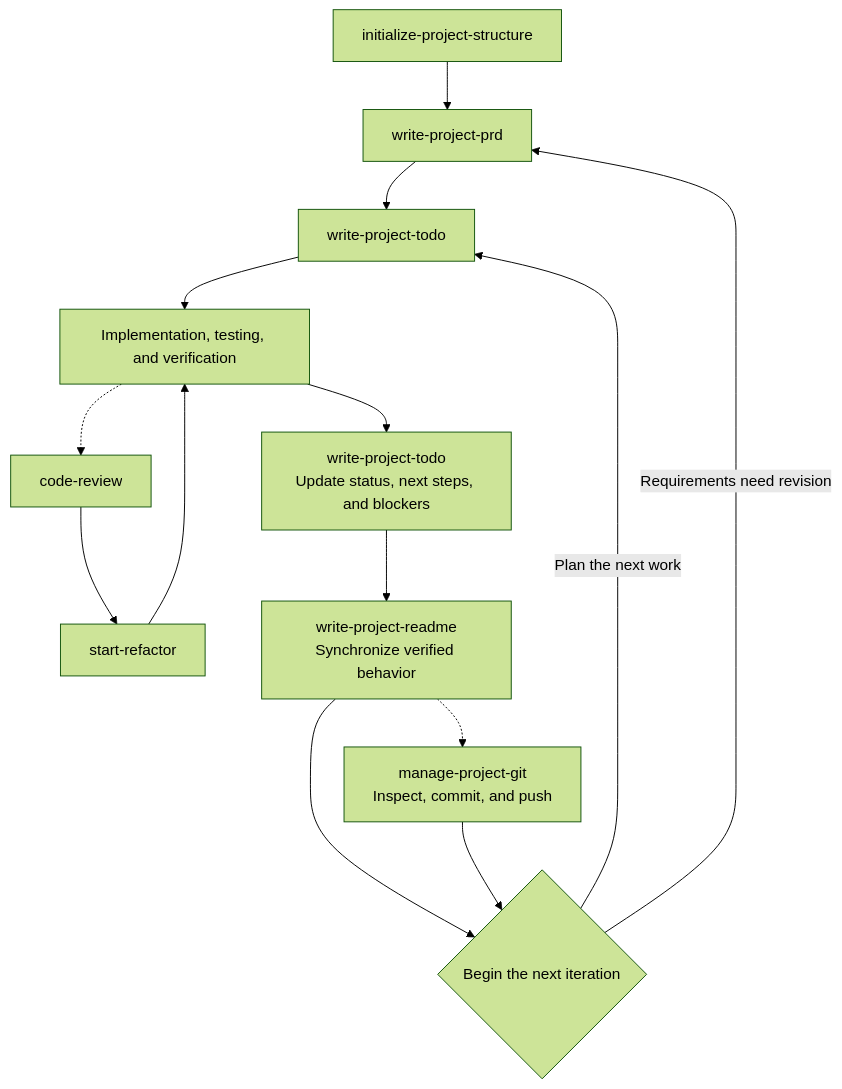
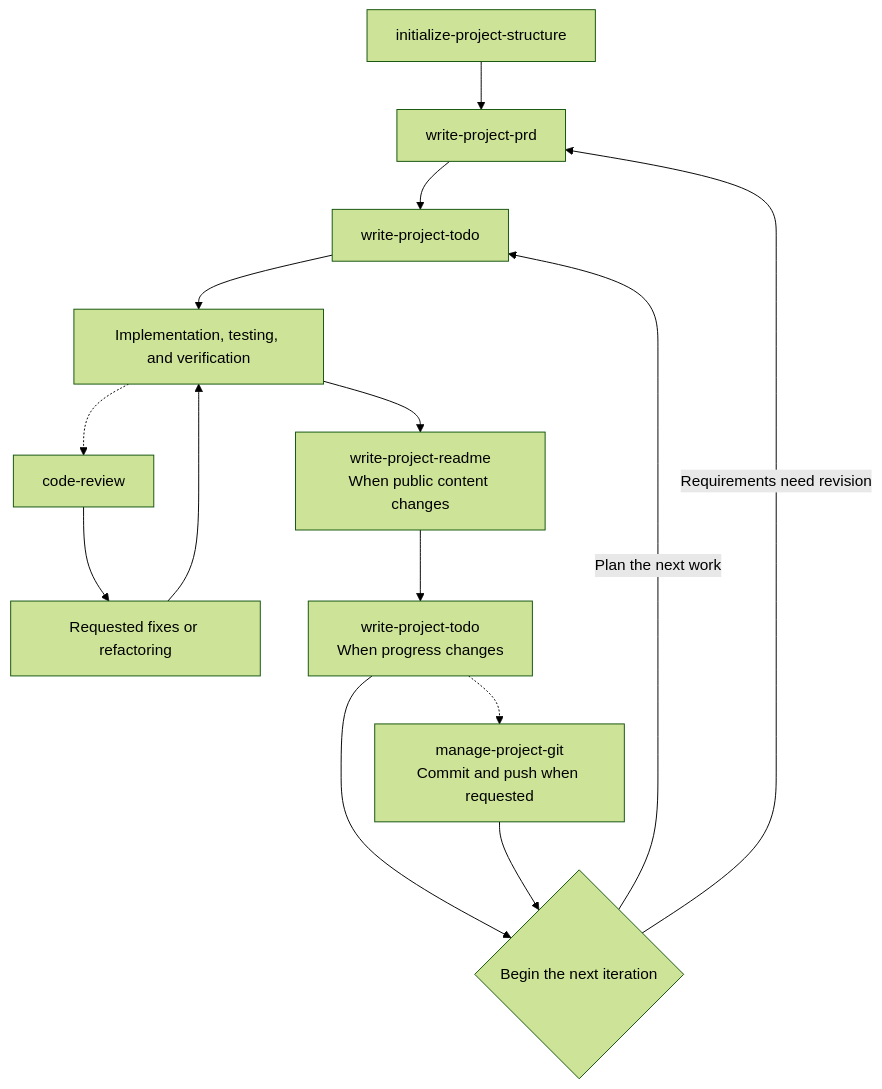
One commit to douobb/MySkills changed the diagram in README.en.md. Above: the diagram before and after it, drawn with Mermaid (forest theme). The commit also changed other lines of this file and 31 other files, not shown here.

````diff
--- a/README.en.md
+++ b/README.en.md
@@ -28,19 +27,19 @@
 ```mermaid
 flowchart TD
     INIT["initialize-project-structure"] --> PRD["write-project-prd"]
     PRD --> TODO["write-project-todo"]
     TODO --> BUILD["Implementation, testing, and verification"]
 
     BUILD -.-> REVIEW["code-review"]
-    REVIEW --> REFACTOR["start-refactor"]
+    REVIEW --> REFACTOR["Requested fixes or refactoring"]
     REFACTOR --> BUILD
 
-    BUILD --> TODO_SYNC["write-project-todo<br/>Update status, next steps, and blockers"]
-    TODO_SYNC --> README_SYNC["write-project-readme<br/>Synchronize verified behavior"]
-    README_SYNC --> NEXT{"Begin the next iteration"}
-    README_SYNC -.-> GIT["manage-project-git<br/>Inspect, commit, and push"]
+    BUILD --> README_SYNC["write-project-readme<br/>When public content changes"]
+    README_SYNC --> TODO_SYNC["write-project-todo<br/>When progress changes"]
+    TODO_SYNC --> NEXT{"Begin the next iteration"}
+    TODO_SYNC -.-> GIT["manage-project-git<br/>Commit and push when requested"]
     GIT --> NEXT
 
     NEXT -->|"Plan the next work"| TODO
     NEXT -->|"Requirements need revision"| PRD
 ```
````
